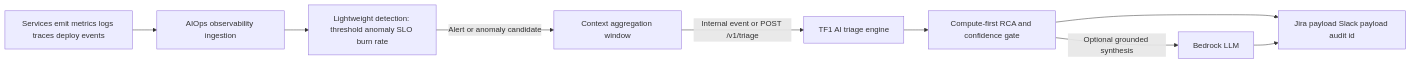
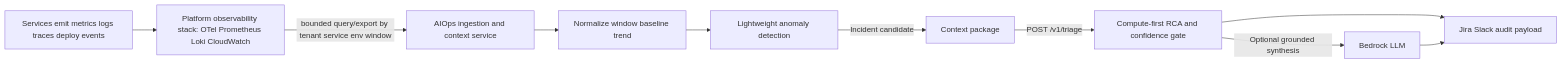
Before and after one commit to c0mmie-b0msh3ll/xBrain-capstone2: the diagram in capstone/tf-1/ai/docs/02_solution_design.md, drawn with Mermaid. The commit also changed other lines of this file and 7 other files, not shown here.

````diff
--- a/capstone/tf-1/ai/docs/02_solution_design.md
+++ b/capstone/tf-1/ai/docs/02_solution_design.md
@@ -11,11 +11,12 @@
 ```mermaid
 graph LR
-    A[Services emit metrics logs traces deploy events] --> B[AIOps observability ingestion]
-    B --> C[Lightweight detection: threshold anomaly SLO burn rate]
-    C -->|Alert or anomaly candidate| D[Context aggregation window]
-    D -->|Internal event or POST /v1/triage| E[TF1 AI triage engine]
-    E --> F[Compute-first RCA and confidence gate]
-    F -->|Optional grounded synthesis| G[Bedrock LLM]
-    F --> H[Jira payload Slack payload audit id]
-    G --> H
+    A[Services emit metrics logs traces deploy events] --> B[Platform observability stack: OTel Prometheus Loki CloudWatch]
+    B -->|bounded query/export by tenant service env window| C[AIOps ingestion and context service]
+    C --> D[Normalize window baseline trend]
+    D --> E[Lightweight anomaly detection]
+    E -->|Incident candidate| F[Context package]
+    F -->|POST /v1/triage| G[Compute-first RCA and confidence gate]
+    G -->|Optional grounded synthesis| H[Bedrock LLM]
+    G --> I[Jira Slack audit payload]
+    H --> I
 ```
````
